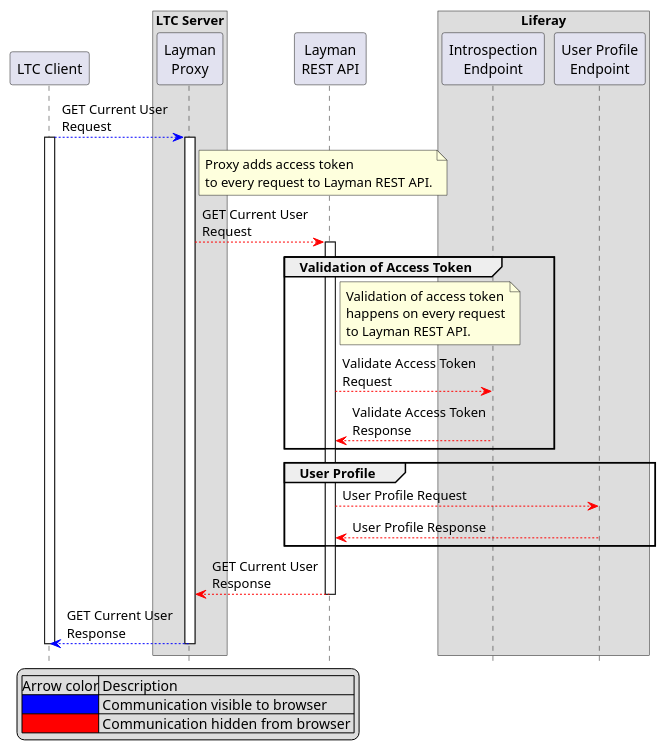
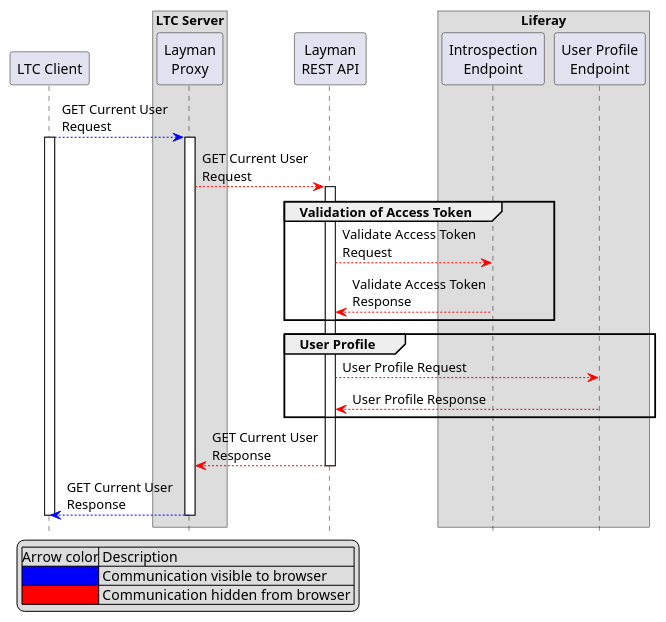
One commit to LayerManager/layman changed the diagram in doc/oauth2-get-current-user.puml. Above: the diagram before and after it, drawn with PlantUML. The commit also changed 3 other files, not shown here.

Commit message:
Document requesting REST API using OAuth2 authn

```diff
--- a/doc/oauth2-get-current-user.puml
+++ b/doc/oauth2-get-current-user.puml
@@ -1,50 +1,41 @@
 @startuml
 hide footbox
 participant "LTC Client" as ltcc
 
 box "LTC Server"
     participant "Layman\nProxy" as ltcsproxy
 end box
 participant "Layman\nREST API" as layman
 
 box "Liferay"
 	participant "Introspection\nEndpoint" as lris
 	participant "User Profile\nEndpoint" as lruser
 end box
 
 
 ltcc [#0000FF]--> ltcsproxy: GET Current User\nRequest
 activate ltcc
 activate ltcsproxy
-note right of ltcsproxy
-    Proxy adds access token
-    to every request to Layman REST API.
-end note
 ltcsproxy [#FF0000]--> layman: GET Current User\nRequest
 activate layman
 group Validation of Access Token
-    note right of layman
-        Validation of access token
-        happens on every request
-        to Layman REST API.
-    end note
     layman [#FF0000]--> lris: Validate Access Token\nRequest
     lris [#FF0000]--> layman: Validate Access Token\nResponse
 end
 group User Profile
     layman [#FF0000]--> lruser: User Profile Request
     lruser [#FF0000]--> layman: User Profile Response
 end
 layman [#FF0000]--> ltcsproxy: GET Current User\nResponse
 deactivate layman
 ltcsproxy [#0000FF]--> ltcc: GET Current User\nResponse
 deactivate ltcsproxy
 deactivate ltcc
 
 legend left
     |Arrow color| Description |
     |<#0000FF>| Communication visible to browser |
     |<#FF0000>| Communication hidden from browser |
 endlegend
 
 @enduml
```
